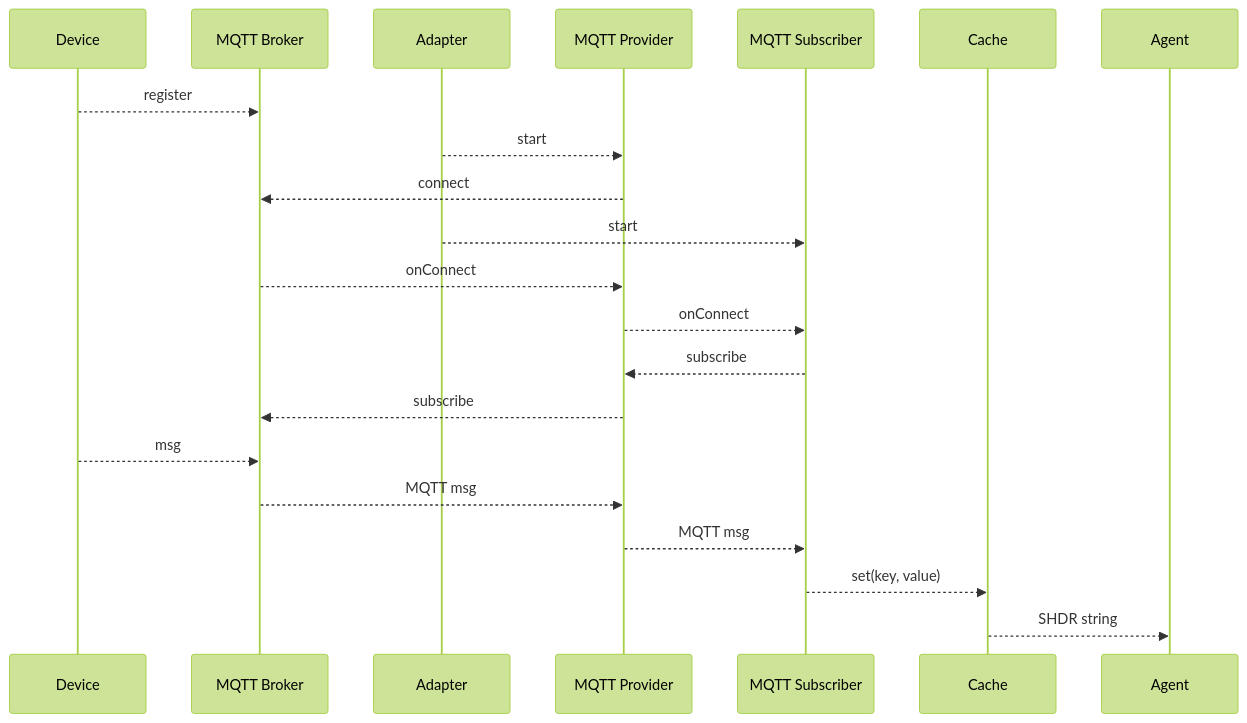
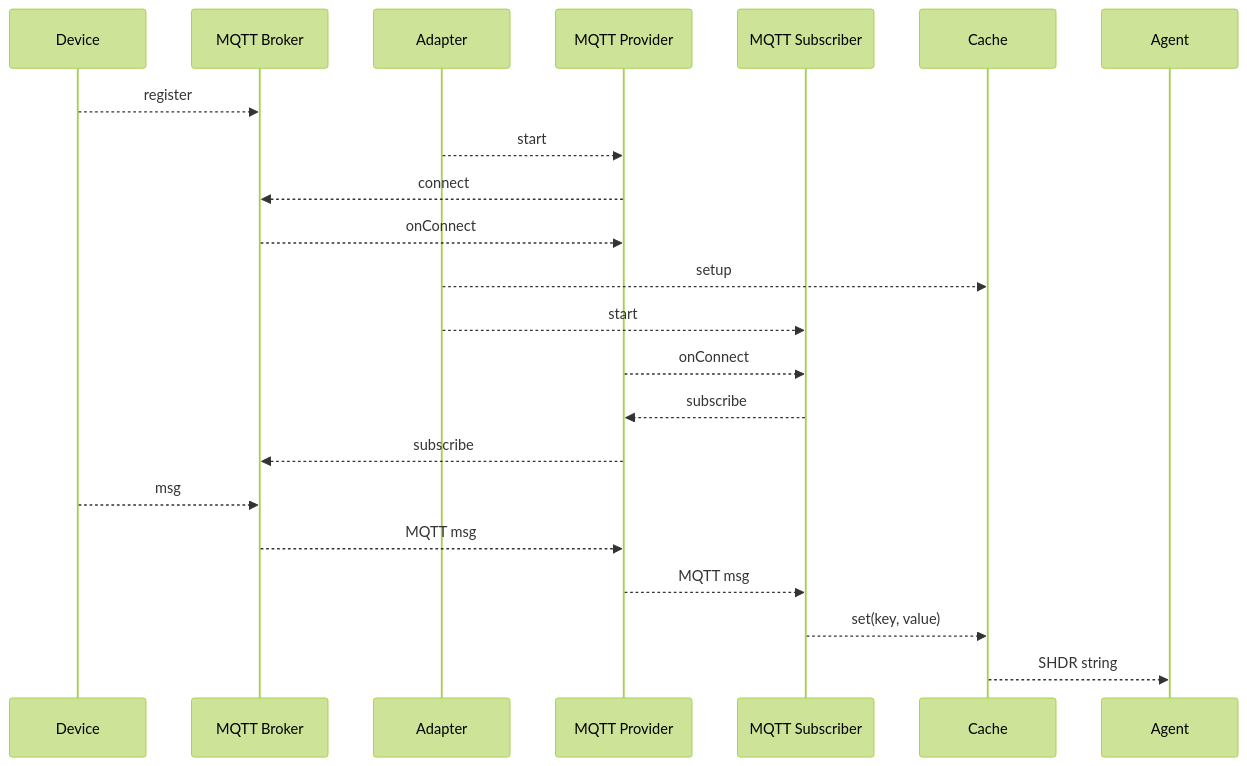
One commit to Ladder99/ladder99 changed the first of 4 diagrams in docs/old/sequences.md. Above: the diagram before and after it, drawn with Mermaid (forest theme). The commit also changed 5 other files, not shown here.

````diff
--- a/docs/old/sequences.md
+++ b/docs/old/sequences.md
@@ -7,28 +7,29 @@
 ```mermaid
 sequenceDiagram
 
 participant device as Device
 participant broker as MQTT Broker
 participant adapter as Adapter
 participant provider as MQTT Provider
 participant subscriber as MQTT Subscriber
 participant cache as Cache
 participant agent as Agent
 #participant user as User
 
 device -->> broker: register
 adapter -->> provider: start
 provider -->> broker: connect
+broker -->> provider: onConnect
+adapter -->> cache: setup
 adapter -->> subscriber: start
-broker -->> provider: onConnect
 provider -->> subscriber: onConnect
 subscriber -->> provider: subscribe
 provider -->> broker: subscribe
 device -->> broker: msg
 broker -->> provider: MQTT msg
 provider -->> subscriber: MQTT msg
 subscriber -->> cache: set(key, value)
 cache -->> agent: SHDR string
 #agent -->> user: XML <DataItems />
 
 ```
````
